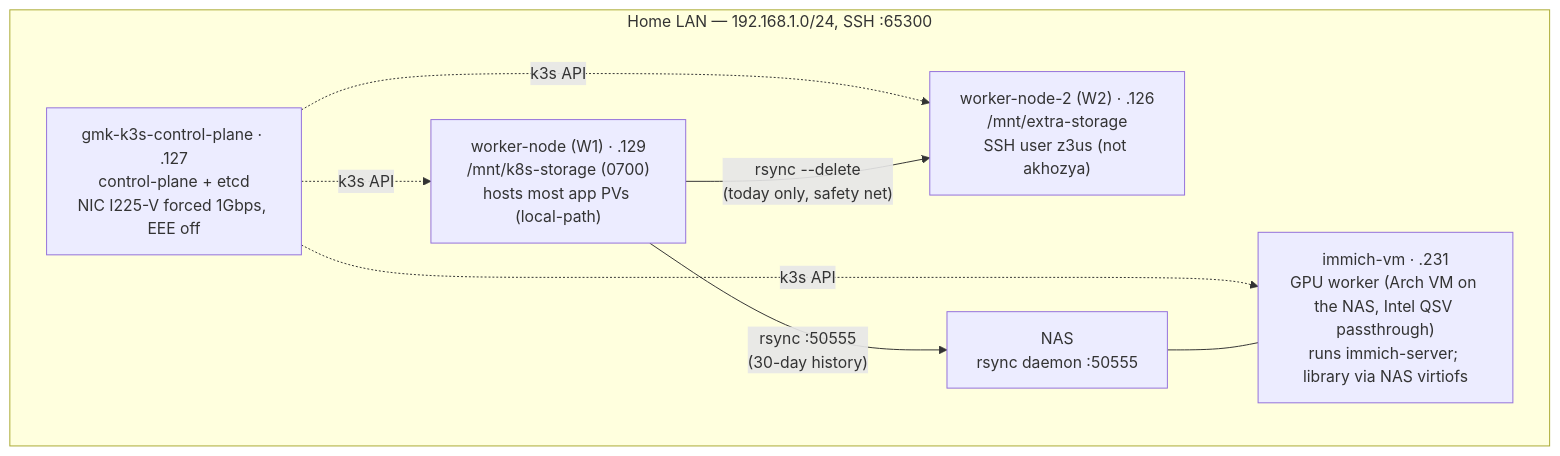
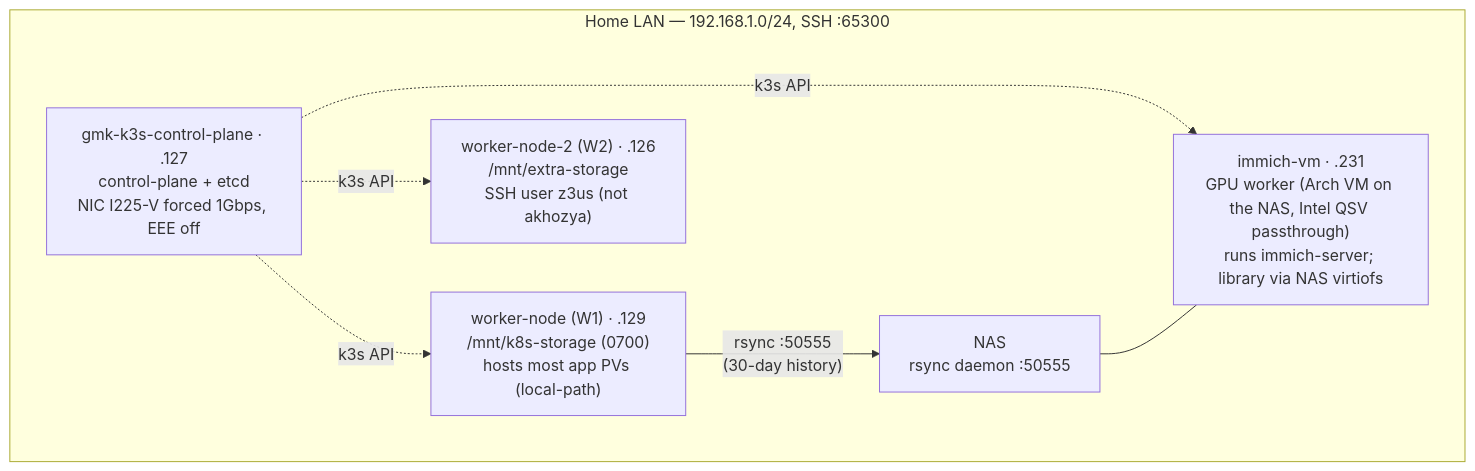
One commit to AKhozya/homelab changed the first of 4 diagrams in docs/ARCHITECTURE.md. Above: the diagram before and after it, drawn with Mermaid. The commit also changed other lines of this file and 14 other files, not shown here.

Commit message:
Remove W1-to-W2 backup replication safety-net leg (NAS sole sink)

````diff
--- a/docs/ARCHITECTURE.md
+++ b/docs/ARCHITECTURE.md
@@ -22,16 +22,15 @@
 ```mermaid
 flowchart TB
   subgraph LAN["Home LAN — 192.168.1.0/24, SSH :65300"]
     CP["gmk-k3s-control-plane · .127<br/>control-plane + etcd<br/>NIC I225-V forced 1Gbps, EEE off"]
     W1["worker-node (W1) · .129<br/>/mnt/k8s-storage (0700)<br/>hosts most app PVs (local-path)"]
     W2["worker-node-2 (W2) · .126<br/>/mnt/extra-storage<br/>SSH user z3us (not akhozya)"]
     NAS["NAS<br/>rsync daemon :50555"]
     VM["immich-vm · .231<br/>GPU worker (Arch VM on the NAS, Intel QSV passthrough)<br/>runs immich-server; library via NAS virtiofs"]
   end
   CP -. k3s API .-> W1
   CP -. k3s API .-> W2
   CP -. k3s API .-> VM
   NAS --- VM
-  W1 -->|"rsync --delete<br/>(today only, safety net)"| W2
   W1 -->|"rsync :50555<br/>(30-day history)"| NAS
 ```
````
